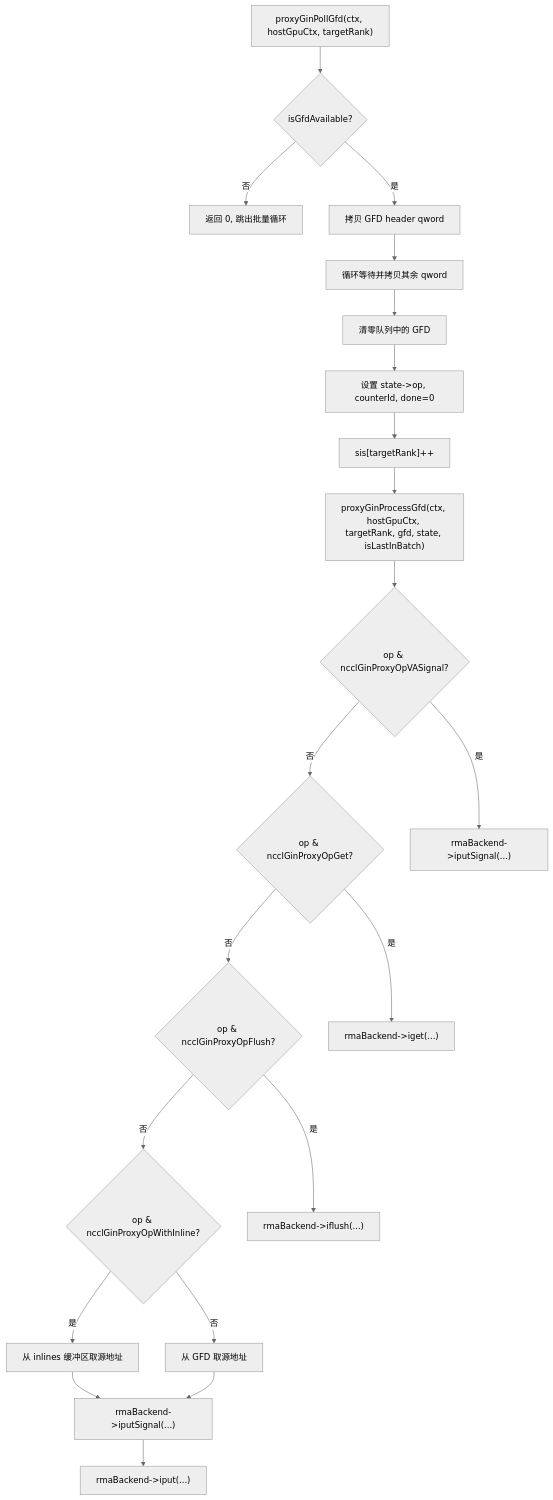
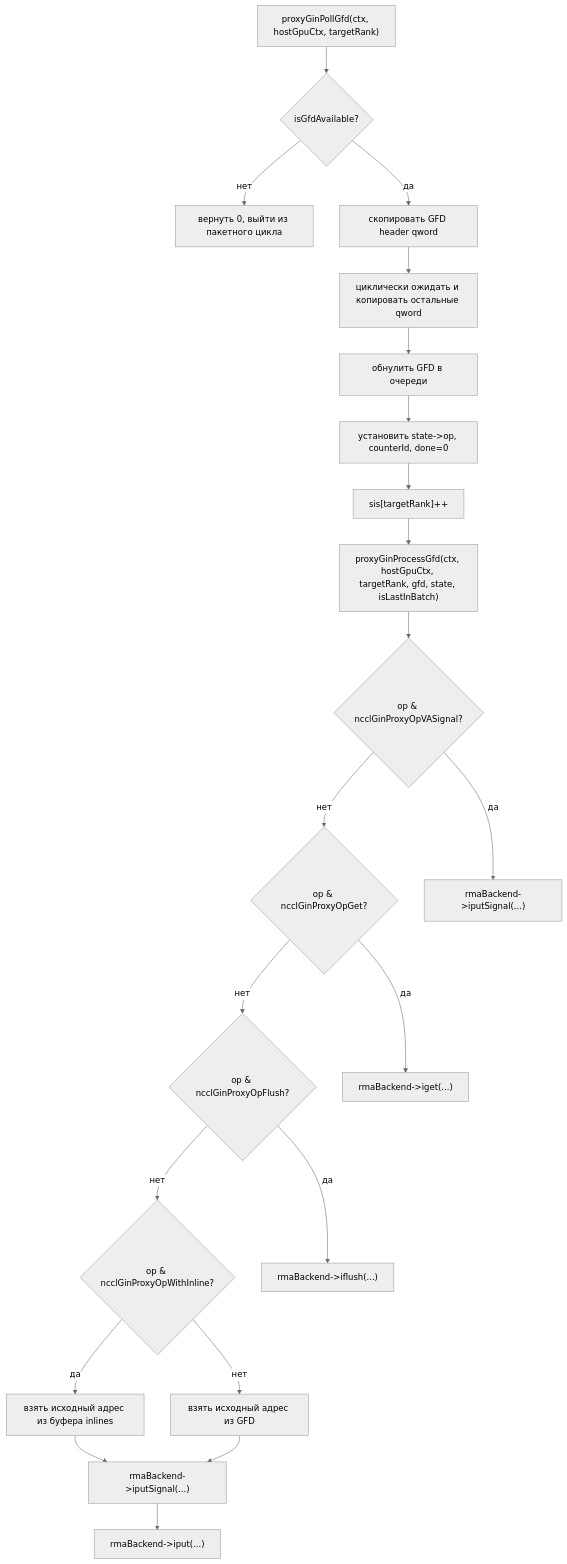
The second of 2 diagrams in books/nccl/ru/15-rma-and-gin-remote-gpu-communication.md (maleRjc/AiReadCodeBooks), drawn with Mermaid (neutral theme) before and after one commit. The commit also changed other lines of this file and 74 other files, not shown here.

````diff
--- a/books/nccl/ru/15-rma-and-gin-remote-gpu-communication.md
+++ b/books/nccl/ru/15-rma-and-gin-remote-gpu-communication.md
@@ -195,44 +195,44 @@
 ```mermaid
 flowchart TD
     poll_start["proxyGinPollGfd(ctx, hostGpuCtx, targetRank)"]
     check_avail{"isGfdAvailable?"}
-    no_gfd["返回 0, 跳出批量循环"]
-    copy_header["拷贝 GFD header qword"]
-    copy_rest["循环等待并拷贝其余 qword"]
-    reset_gfd["清零队列中的 GFD"]
-    set_state["设置 state->op, counterId, done=0"]
+    no_gfd["вернуть 0, выйти из пакетного цикла"]
+    copy_header["скопировать GFD header qword"]
+    copy_rest["циклически ожидать и копировать остальные qword"]
+    reset_gfd["обнулить GFD в очереди"]
+    set_state["установить state->op, counterId, done=0"]
     inc_sis["sis[targetRank]++"]
     process["proxyGinProcessGfd(ctx, hostGpuCtx, targetRank, gfd, state, isLastInBatch)"]
     check_va{"op & ncclGinProxyOpVASignal?"}
     check_get{"op & ncclGinProxyOpGet?"}
     check_flush{"op & ncclGinProxyOpFlush?"}
     check_inline{"op & ncclGinProxyOpWithInline?"}
     va_signal["rmaBackend->iputSignal(...)"]
     get_op["rmaBackend->iget(...)"]
     flush_op["rmaBackend->iflush(...)"]
-    inline_src["从 inlines 缓冲区取源地址"]
-    normal_src["从 GFD 取源地址"]
+    inline_src["взять исходный адрес из буфера inlines"]
+    normal_src["взять исходный адрес из GFD"]
     put_signal["rmaBackend->iputSignal(...)"]
     put_only["rmaBackend->iput(...)"]
 
     poll_start --> check_avail
-    check_avail -->|否| no_gfd
-    check_avail -->|是| copy_header
+    check_avail -->|нет| no_gfd
+    check_avail -->|да| copy_header
     copy_header --> copy_rest
     copy_rest --> reset_gfd
     reset_gfd --> set_state
     set_state --> inc_sis
     inc_sis --> process
     process --> check_va
-    check_va -->|是| va_signal
-    check_va -->|否| check_get
-    check_get -->|是| get_op
-    check_get -->|否| check_flush
-    check_flush -->|是| flush_op
-    check_flush -->|否| check_inline
-    check_inline -->|是| inline_src
-    check_inline -->|否| normal_src
+    check_va -->|да| va_signal
+    check_va -->|нет| check_get
+    check_get -->|да| get_op
+    check_get -->|нет| check_flush
+    check_flush -->|да| flush_op
+    check_flush -->|нет| check_inline
+    check_inline -->|да| inline_src
+    check_inline -->|нет| normal_src
     inline_src --> put_signal
     normal_src --> put_signal
     put_signal --> put_only
 ```
````
